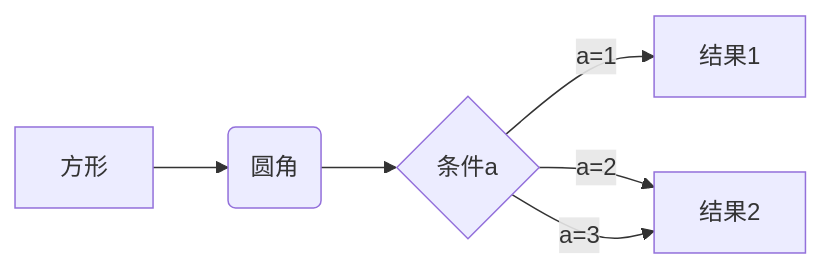
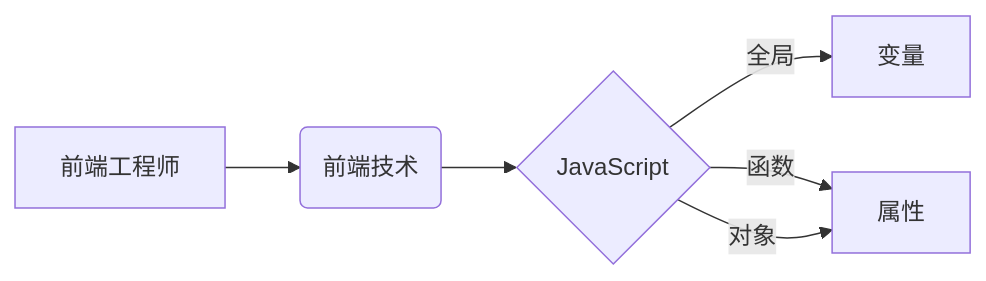
One commit to jxj666/jxjweb2021 changed the first of 3 diagrams in 04/08.md. Above: the diagram before and after it, drawn with Mermaid. The commit also changed other lines of this file, not shown here.

````diff
--- a/04/08.md
+++ b/04/08.md
@@ -10,8 +16,8 @@
 ```mermaid
 graph LR
-A[方形] -->B(圆角)
-    B --> C{条件a}
-    C -->|a=1| D[结果1]
-    C -->|a=2| E[结果2]
-    C -->|a=3| E[结果2]
+a[前端工程师] -->b(前端技术)
+b --> c{JavaScript}
+c -->|全局| d[变量]
+c -->|函数| e[属性]
+c -->|对象| e
 ```
````
